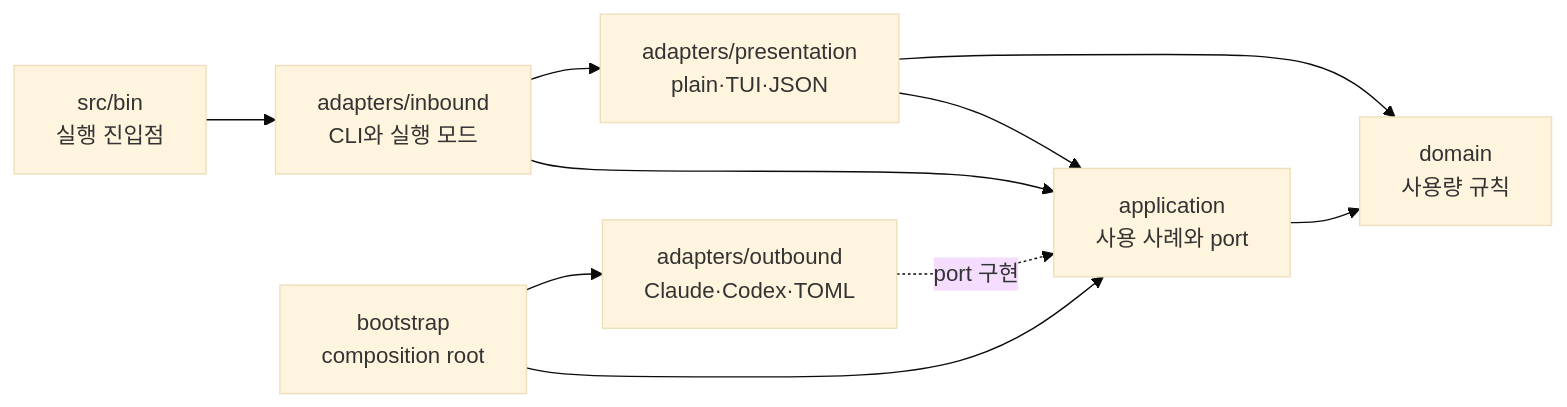
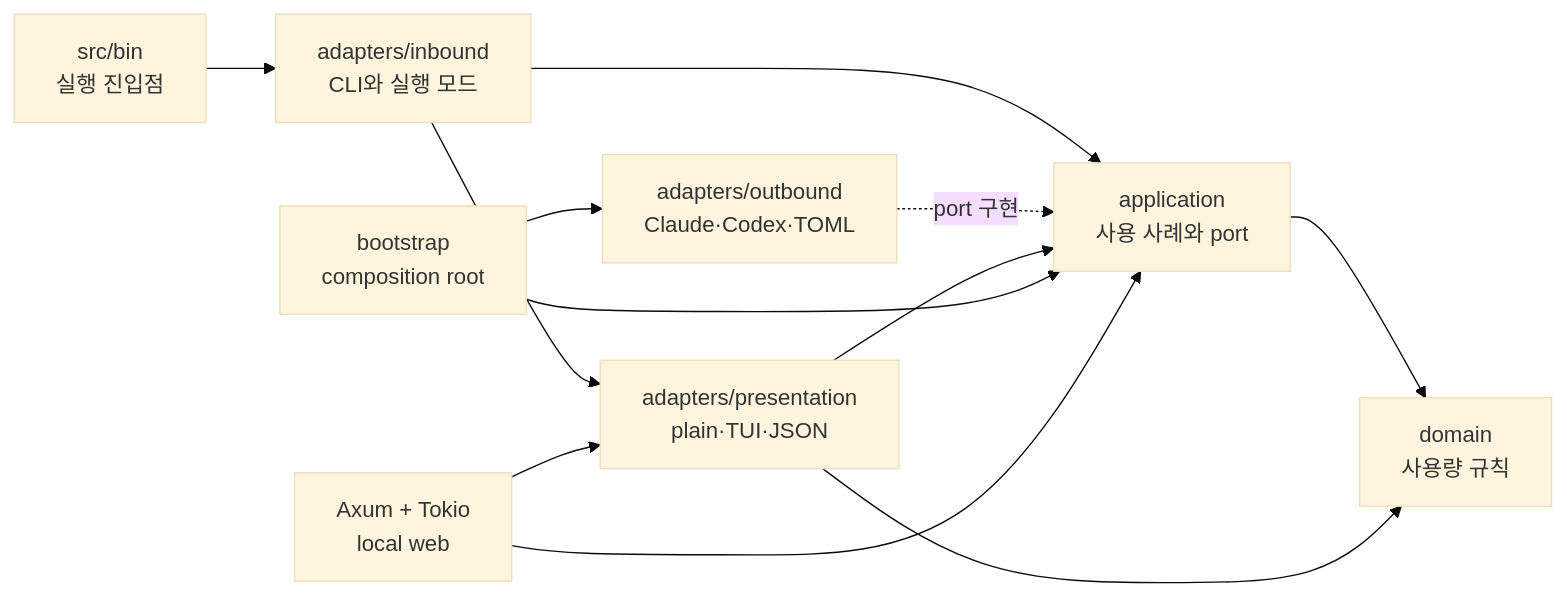
One commit to yoophi/agentmeter changed the first of 2 diagrams in README.md. Above: the diagram before and after it, drawn with Mermaid (base theme). The commit also changed other lines of this file and 19 other files, not shown here.

````diff
--- a/README.md
+++ b/README.md
@@ -191,12 +216,14 @@
 ```mermaid
 flowchart LR
     BIN[src/bin<br/>실행 진입점] --> IN[adapters/inbound<br/>CLI와 실행 모드]
     IN --> APP[application<br/>사용 사례와 port]
     APP --> DOM[domain<br/>사용량 규칙]
     OUT[adapters/outbound<br/>Claude·Codex·TOML] -. port 구현 .-> APP
     PRES[adapters/presentation<br/>plain·TUI·JSON] --> APP
     PRES --> DOM
     BOOT[bootstrap<br/>composition root] --> APP
     BOOT --> OUT
     IN --> PRES
+    WEB[Axum + Tokio<br/>local web] --> APP
+    WEB --> PRES
 ```
````
